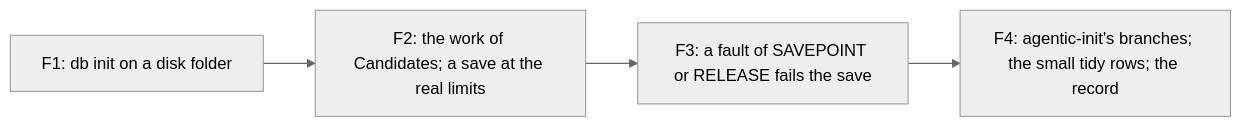
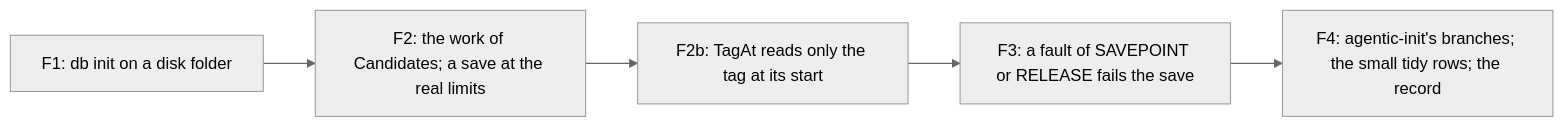
The diagram in docs/plans/122-what-121-left.md (alexradunet/lifelogdb), drawn with Mermaid (neutral theme) before and after one commit.

````diff
--- a/docs/plans/122-what-121-left.md
+++ b/docs/plans/122-what-121-left.md
@@ -18,6 +18,7 @@
 ```mermaid
 flowchart LR
   F1["F1: db init on a disk folder"] --> F2["F2: the work of Candidates; a save at the real limits"]
-  F2 --> F3["F3: a fault of SAVEPOINT or RELEASE fails the save"]
+  F2 --> F2b["F2b: TagAt reads only the tag at its start"]
+  F2b --> F3["F3: a fault of SAVEPOINT or RELEASE fails the save"]
   F3 --> F4["F4: agentic-init's branches; the small tidy rows; the record"]
 ```
````
